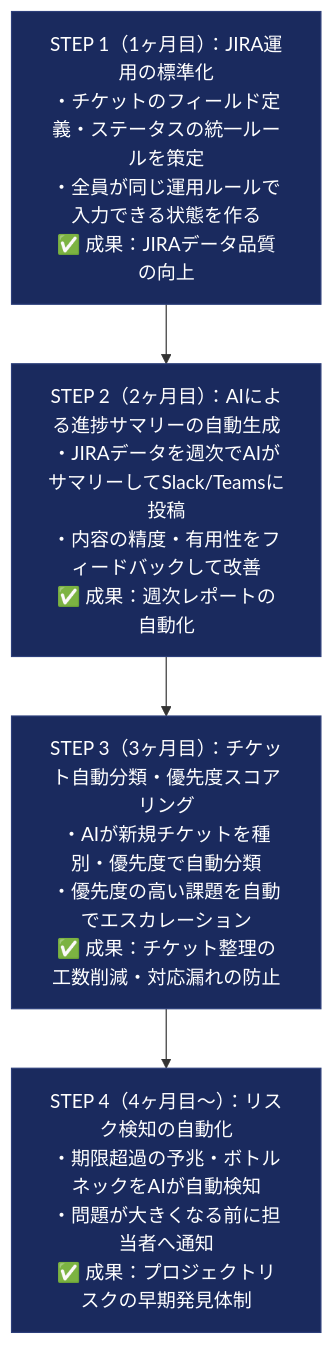
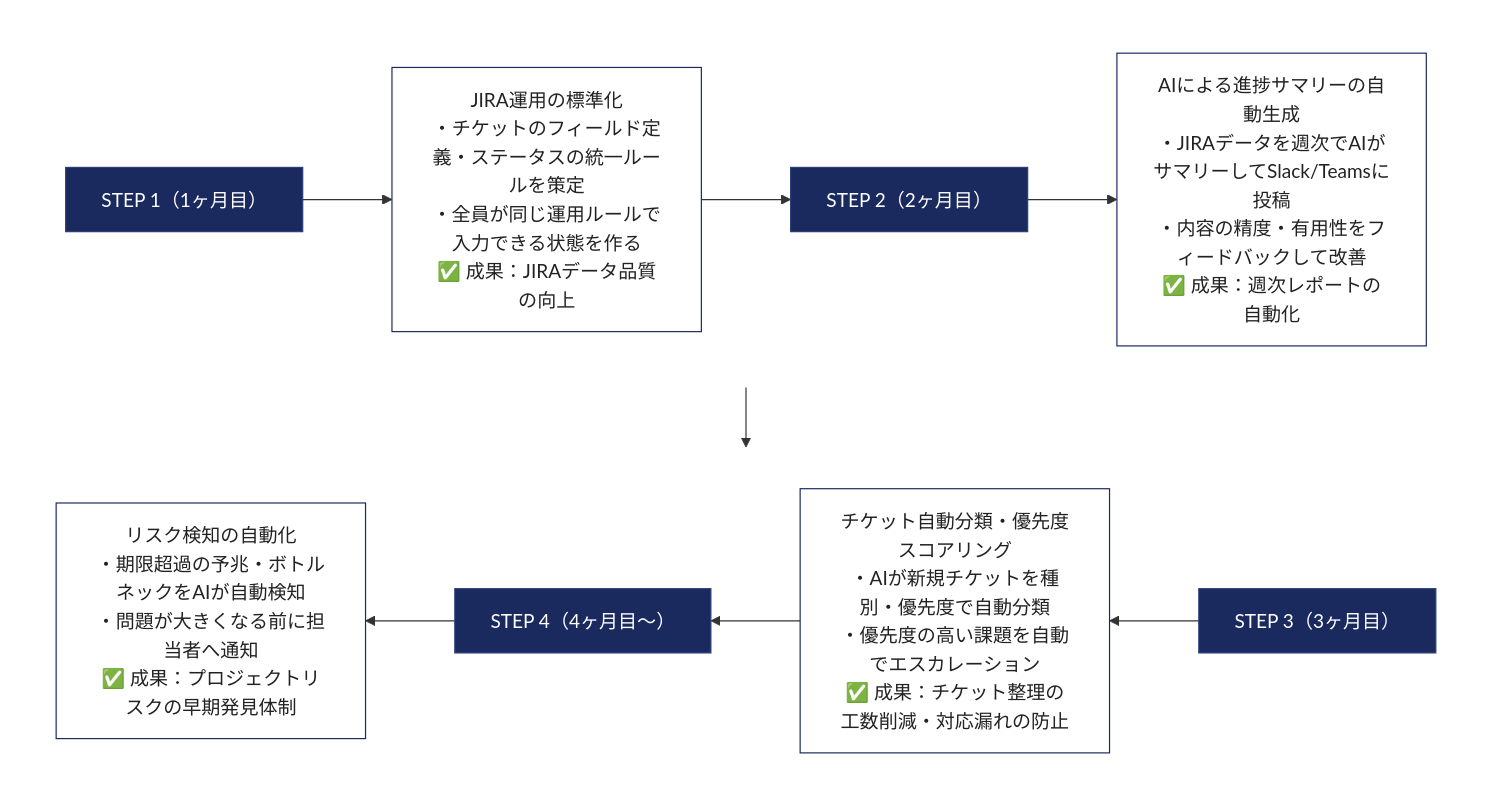
One commit to Kengo55555/My_Study changed the seventh of 10 diagrams in AI_Idea/AI_ADOPTION_PROPOSAL.md. Above: the diagram before and after it, drawn with Mermaid. The commit also changed other lines of this file and 1 other file, not shown here.

Commit message:
Refactor proposal: bullet points, コ字 Mermaid layout, navy titles / white content nodes

````diff
--- a/AI_Idea/AI_ADOPTION_PROPOSAL.md
+++ b/AI_Idea/AI_ADOPTION_PROPOSAL.md
@@ -239,10 +323,22 @@
 ```mermaid
 flowchart TD
-    S1["STEP 1（1ヶ月目）：JIRA運用の標準化<br/>・チケットのフィールド定義・ステータスの統一ルールを策定<br/>・全員が同じ運用ルールで入力できる状態を作る<br/>✅ 成果：JIRAデータ品質の向上"]
-    S2["STEP 2（2ヶ月目）：AIによる進捗サマリーの自動生成<br/>・JIRAデータを週次でAIがサマリーしてSlack/Teamsに投稿<br/>・内容の精度・有用性をフィードバックして改善<br/>✅ 成果：週次レポートの自動化"]
-    S3["STEP 3（3ヶ月目）：チケット自動分類・優先度スコアリング<br/>・AIが新規チケットを種別・優先度で自動分類<br/>・優先度の高い課題を自動でエスカレーション<br/>✅ 成果：チケット整理の工数削減・対応漏れの防止"]
-    S4["STEP 4（4ヶ月目〜）：リスク検知の自動化<br/>・期限超過の予兆・ボトルネックをAIが自動検知<br/>・問題が大きくなる前に担当者へ通知<br/>✅ 成果：プロジェクトリスクの早期発見体制"]
-    S1 --> S2 --> S3 --> S4
-    classDef stepNode fill:#1a2a5e,stroke:#2c3e7a,color:#fff
-    class S1,S2,S3,S4 stepNode
+    subgraph row1[" "]
+        direction LR
+        T1["STEP 1（1ヶ月目）"] --> C1["JIRA運用の標準化<br/>・チケットのフィールド定義・ステータスの統一ルールを策定<br/>・全員が同じ運用ルールで入力できる状態を作る<br/>✅ 成果：JIRAデータ品質の向上"]
+        C1 --> T2["STEP 2（2ヶ月目）"]
+        T2 --> C2["AIによる進捗サマリーの自動生成<br/>・JIRAデータを週次でAIがサマリーしてSlack/Teamsに投稿<br/>・内容の精度・有用性をフィードバックして改善<br/>✅ 成果：週次レポートの自動化"]
+    end
+    subgraph row2[" "]
+        direction RL
+        T3["STEP 3（3ヶ月目）"] --> C3["チケット自動分類・優先度スコアリング<br/>・AIが新規チケットを種別・優先度で自動分類<br/>・優先度の高い課題を自動でエスカレーション<br/>✅ 成果：チケット整理の工数削減・対応漏れの防止"]
+        C3 --> T4["STEP 4（4ヶ月目〜）"]
+        T4 --> C4["リスク検知の自動化<br/>・期限超過の予兆・ボトルネックをAIが自動検知<br/>・問題が大きくなる前に担当者へ通知<br/>✅ 成果：プロジェクトリスクの早期発見体制"]
+    end
+    C2 --> T3
+    style row1 fill:transparent,stroke:transparent,color:transparent
+    style row2 fill:transparent,stroke:transparent,color:transparent
+    classDef title fill:#1a2a5e,stroke:#2c3e7a,color:#fff
+    classDef content fill:#fff,stroke:#1a2a5e,color:#222
+    class T1,T2,T3,T4 title
+    class C1,C2,C3,C4 content
 ```
````
